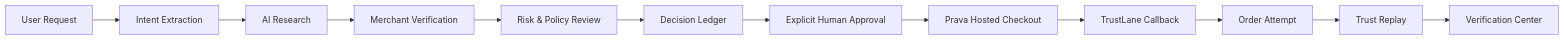
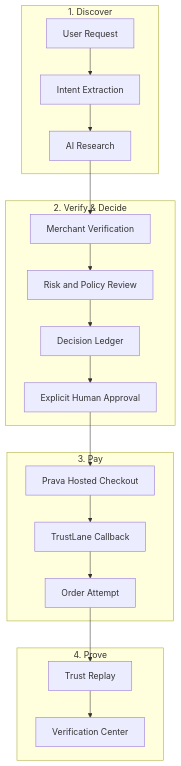
One commit to chyokore/Trustlane changed the diagram in README.md. Above: the diagram before and after it, drawn with Mermaid.

Commit message:
docs: improve core workflow readability

````diff
--- a/README.md
+++ b/README.md
@@ -21,14 +21,34 @@
 ```mermaid
-flowchart LR
-    U["User Request"] --> I["Intent Extraction"]
-    I --> R["AI Research"]
-    R --> V["Merchant Verification"]
-    V --> K["Risk & Policy Review"]
-    K --> D["Decision Ledger"]
-    D --> A["Explicit Human Approval"]
-    A --> P["Prava Hosted Checkout"]
-    P --> C["TrustLane Callback"]
-    C --> O["Order Attempt"]
-    O --> T["Trust Replay"]
-    T --> X["Verification Center"]
+flowchart TB
+    subgraph S1["1. Discover"]
+        U["User Request"]
+        I["Intent Extraction"]
+        R["AI Research"]
+        U --> I --> R
+    end
+
+    subgraph S2["2. Verify & Decide"]
+        M["Merchant Verification"]
+        K["Risk and Policy Review"]
+        D["Decision Ledger"]
+        A["Explicit Human Approval"]
+        M --> K --> D --> A
+    end
+
+    subgraph S3["3. Pay"]
+        P["Prava Hosted Checkout"]
+        C["TrustLane Callback"]
+        O["Order Attempt"]
+        P --> C --> O
+    end
+
+    subgraph S4["4. Prove"]
+        T["Trust Replay"]
+        V["Verification Center"]
+        T --> V
+    end
+
+    R --> M
+    A --> P
+    O --> T
 ```
````
